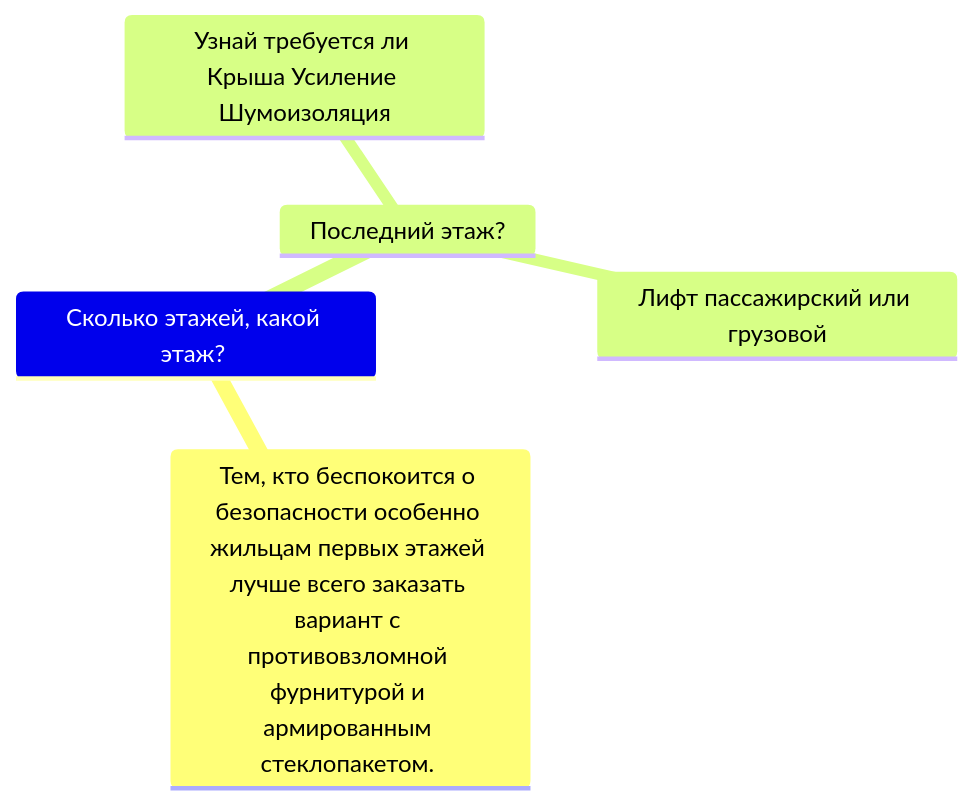
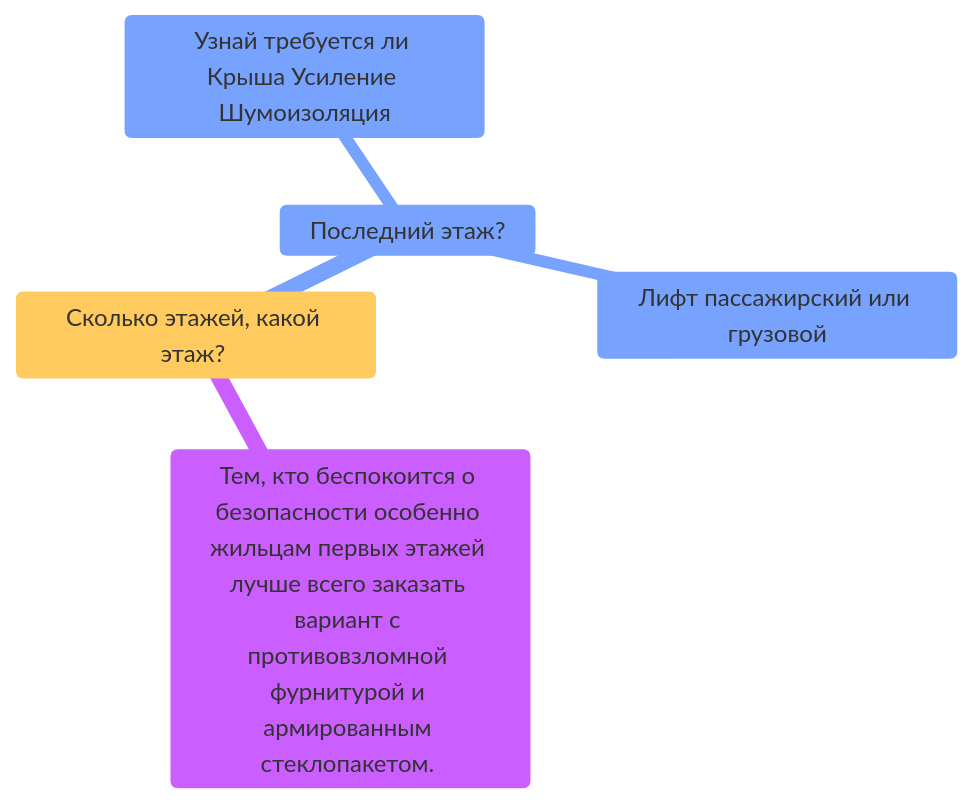
One commit to NazarovKI/knowledge changed the third of 6 diagrams in content/questions.md. Above: the diagram before and after it, drawn with Mermaid. The commit also changed other lines of this file and 1 other file, not shown here.

First line of the commit message:
Настроил диаграммы

````diff
--- a/content/questions.md
+++ b/content/questions.md
@@ -25,8 +35,13 @@
-```mermaid 
+```mermaid
+--- 
+config: 
+  logLevel: 'debug' 
+  theme: 'base' 
+---
 mindmap
 		Сколько этажей, какой этаж? 
 			Тем, кто беспокоится о безопасности особенно жильцам первых этажей лучше всего заказать вариант с противовзломной фурнитурой и армированным стеклопакетом. 
 			Последний этаж?
 				Лифт пассажирский или грузовой
 				Узнай требуется ли Крыша Усиление Шумоизоляция
 ```
````
